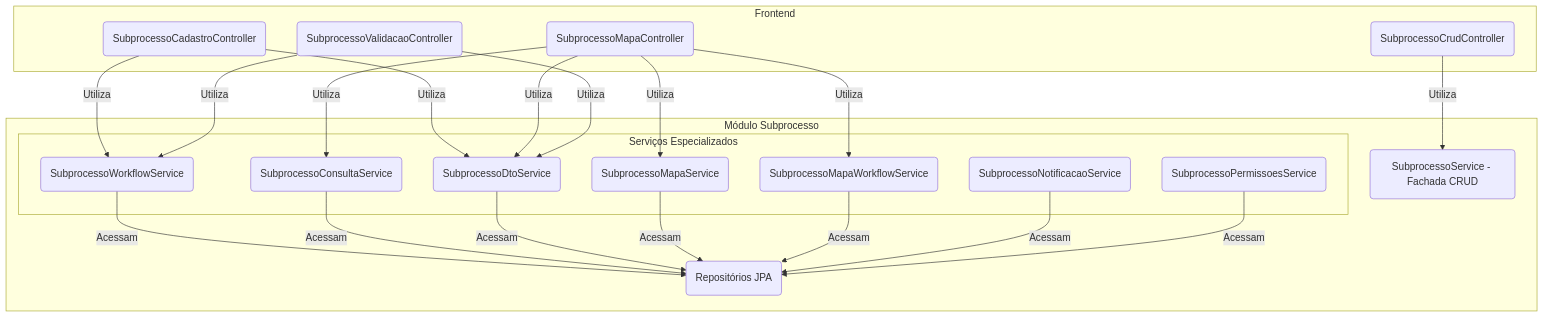
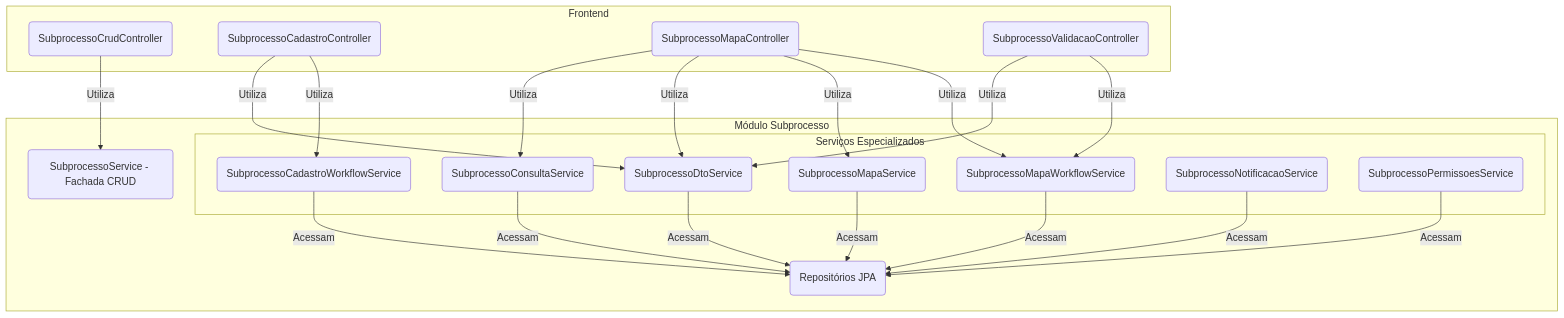
The first of 2 diagrams in backend/src/main/java/sgc/subprocesso/README.md (lgalvao/sgc), drawn with Mermaid before and after one commit. The commit also changed other lines of this file, not shown here.

Commit message:
feat: update README to reflect changes in workflow service names and responsibilities

````diff
--- a/backend/src/main/java/sgc/subprocesso/README.md
+++ b/backend/src/main/java/sgc/subprocesso/README.md
@@ -22,32 +22,32 @@
 ```mermaid
 graph TD
     subgraph "Frontend"
         ControleCrud(SubprocessoCrudController)
         ControleCadastro(SubprocessoCadastroController)
         ControleMapa(SubprocessoMapaController)
         ControleValidacao(SubprocessoValidacaoController)
     end
 
     subgraph "Módulo Subprocesso"
         Facade(SubprocessoService - Fachada CRUD)
 
         subgraph "Serviços Especializados"
-            Workflow(SubprocessoWorkflowService)
+            CadastroWorkflow(SubprocessoCadastroWorkflowService)
+            MapaWorkflow(SubprocessoMapaWorkflowService)
             Consulta(SubprocessoConsultaService)
             DtoBuilder(SubprocessoDtoService)
             Mapa(SubprocessoMapaService)
-            MapaWorkflow(SubprocessoMapaWorkflowService)
             Notificacao(SubprocessoNotificacaoService)
             Permissoes(SubprocessoPermissoesService)
         end
 
         Repos(Repositórios JPA)
     end
 
     ControleCrud -- Utiliza --> Facade
-    ControleCadastro -- Utiliza --> Workflow & DtoBuilder
+    ControleCadastro -- Utiliza --> CadastroWorkflow & DtoBuilder
     ControleMapa -- Utiliza --> MapaWorkflow & Mapa & DtoBuilder & Consulta
-    ControleValidacao -- Utiliza --> Workflow & DtoBuilder
+    ControleValidacao -- Utiliza --> MapaWorkflow & DtoBuilder
 
-    Workflow & Consulta & DtoBuilder & Mapa & MapaWorkflow & Notificacao & Permissoes -- Acessam --> Repos
+    CadastroWorkflow & MapaWorkflow & Consulta & DtoBuilder & Mapa & Notificacao & Permissoes -- Acessam --> Repos
 ```
````
